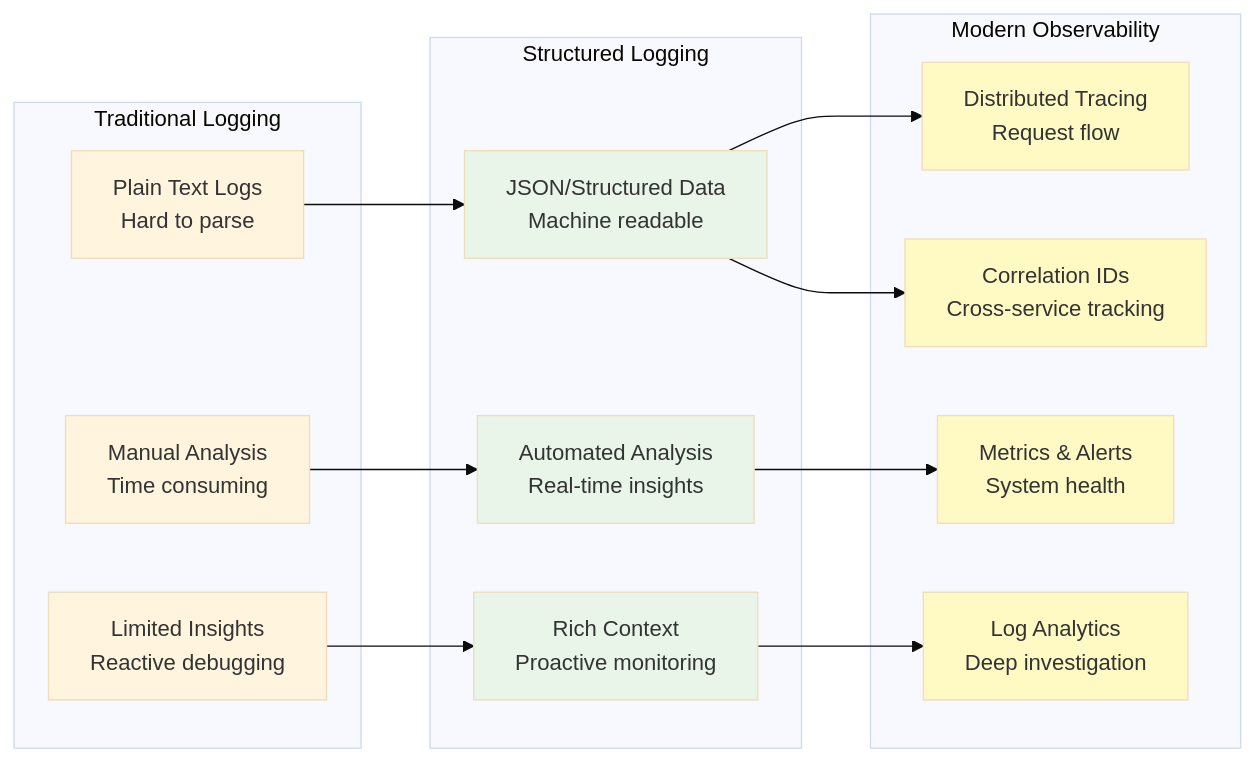
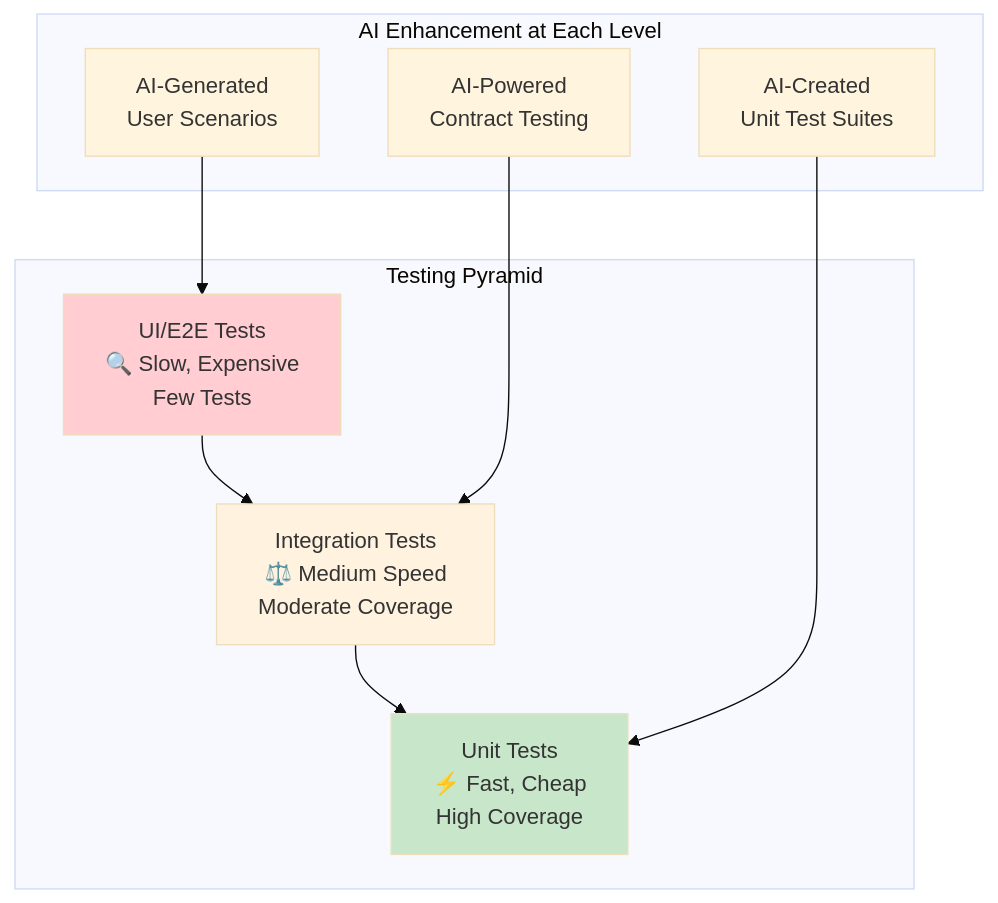
One commit to hunkim/VibeSoftwareEngineering changed the second of 2 diagrams in chapters/chapter-06.md. Above: the diagram before and after it, drawn with Mermaid (base theme). The commit also changed other lines of this file and 17 other files, not shown here.

````diff
--- a/chapters/chapter-06.md
+++ b/chapters/chapter-06.md
@@ -774,38 +73,17 @@
 ```mermaid
-graph LR
-    subgraph "Traditional Logging"
-        A["Plain Text Logs<br/>Hard to parse"]
-        B["Manual Analysis<br/>Time consuming"]
-        C["Limited Insights<br/>Reactive debugging"]
+graph TD
+    subgraph "Testing Pyramid"
+        A["UI/E2E Tests<br/>🔍 Slow, Expensive<br/>Few Tests"] --> B["Integration Tests<br/>⚖️ Medium Speed<br/>Moderate Coverage"]
+        B --> C["Unit Tests<br/>⚡ Fast, Cheap<br/>High Coverage"]
     end
     
-    subgraph "Structured Logging"
-        D["JSON/Structured Data<br/>Machine readable"]
-        E["Automated Analysis<br/>Real-time insights"]
-        F["Rich Context<br/>Proactive monitoring"]
+    subgraph "AI Enhancement at Each Level"
+        D["AI-Generated<br/>User Scenarios"] --> A
+        E["AI-Powered<br/>Contract Testing"] --> B
+        F["AI-Created<br/>Unit Test Suites"] --> C
     end
     
-    subgraph "Modern Observability"
-        G["Distributed Tracing<br/>Request flow"]
-        H["Metrics & Alerts<br/>System health"]
-        I["Log Analytics<br/>Deep investigation"]
-        J["Correlation IDs<br/>Cross-service tracking"]
-    end
-    
-    A --> D
-    B --> E
-    C --> F
-    
-    D --> G
-    E --> H
-    F --> I
-    D --> J
-    
-    style D fill:#e8f5e8
-    style E fill:#e8f5e8
-    style F fill:#e8f5e8
-    style G fill:#fff9c4
-    style H fill:#fff9c4
-    style I fill:#fff9c4
-    style J fill:#fff9c4
+    style C fill:#c8e6c9
+    style B fill:#fff3e0
+    style A fill:#ffcdd2
 ```
````
